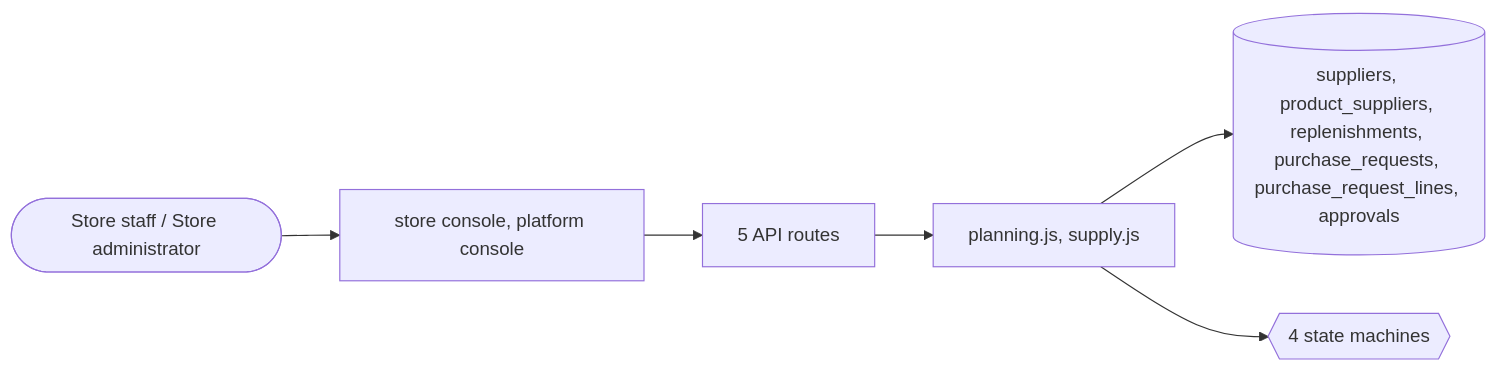
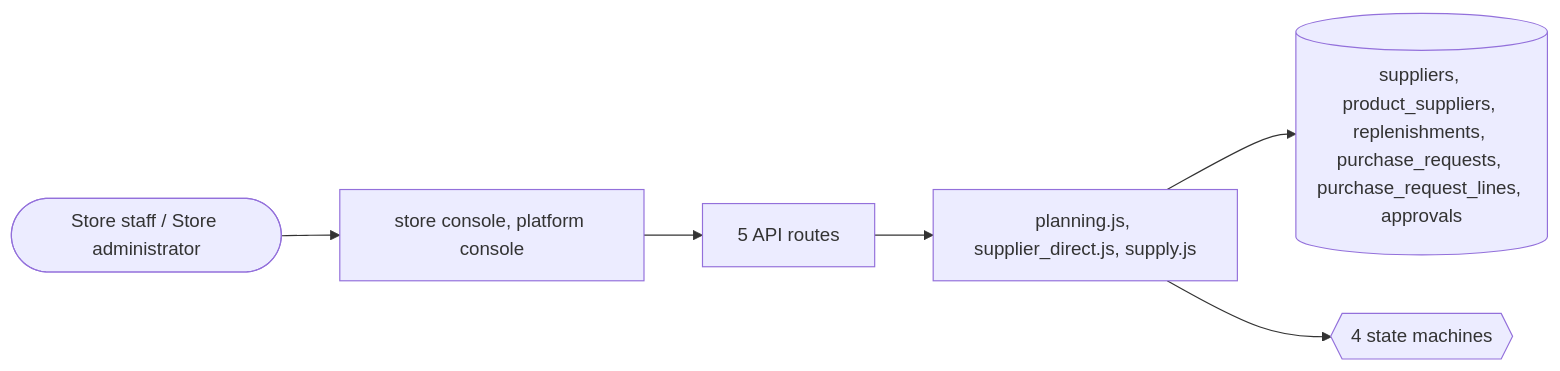
Before and after one commit to echelonxventures-Projects/universal-product: the fifth of 5 diagrams in docs/domains/supply.md, drawn with Mermaid. The commit also changed other lines of this file and 67 other files, not shown here.

````diff
--- a/docs/domains/supply.md
+++ b/docs/domains/supply.md
@@ -222,8 +227,8 @@
 ```mermaid
 flowchart LR
   U([Store staff / Store administrator]) --> UI[store console, platform console]
   UI --> API[5 API routes]
-  API --> ENG[planning.js, supply.js]
+  API --> ENG[planning.js, supplier_direct.js, supply.js]
   ENG --> DB[(suppliers, product_suppliers, replenishments, purchase_requests, purchase_request_lines, approvals)]
   ENG --> SM{{4 state machines}}
 ```
````
